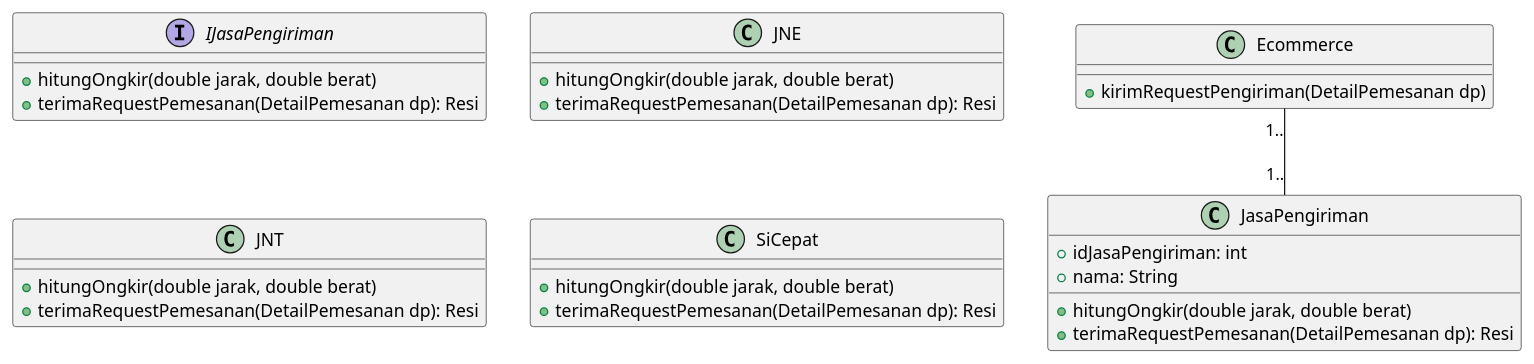
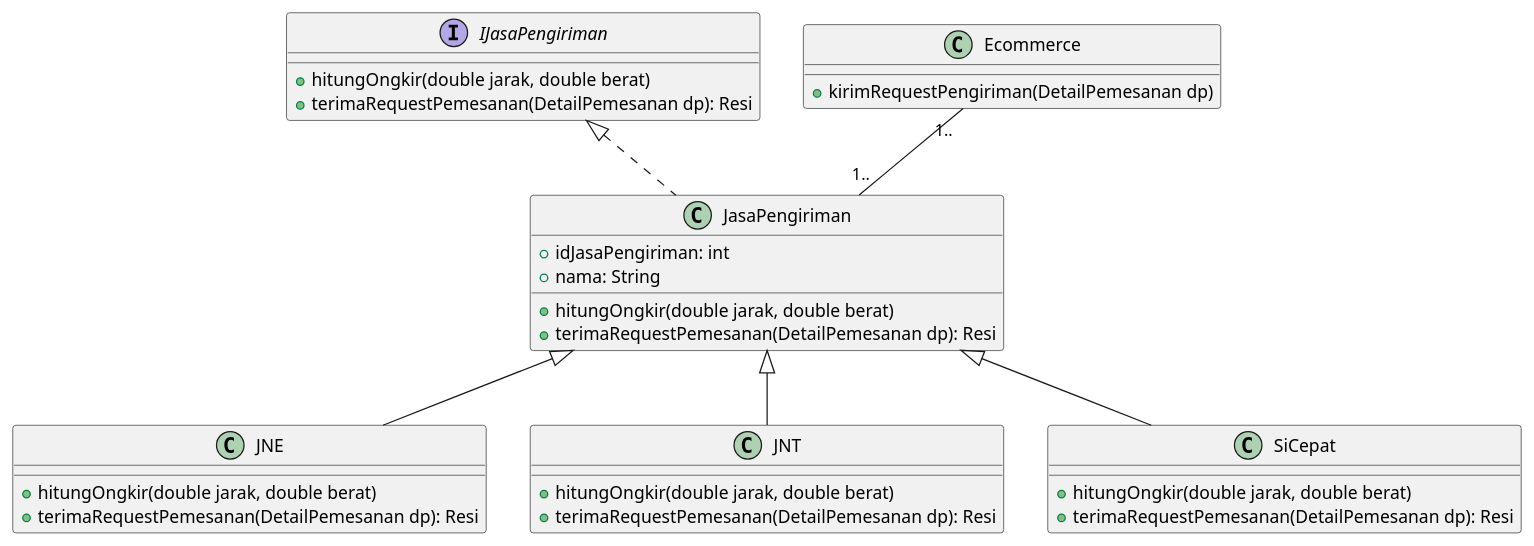
The diagram in P1_Kelompok_6_PBPU_A.puml (farhanzakiputra/pbpu-a-2022), drawn with PlantUML before and after one commit.

Commit message:
add class jasaPengiriman

```diff
--- a/P1_Kelompok_6_PBPU_A.puml
+++ b/P1_Kelompok_6_PBPU_A.puml
@@ -1,36 +1,41 @@
 @startuml
 
 interface IJasaPengiriman {
  +hitungOngkir(double jarak, double berat)
  +terimaRequestPemesanan(DetailPemesanan dp): Resi
 }
 
 class Ecommerce {
  +kirimRequestPengiriman(DetailPemesanan dp)
 }
 
 class JasaPengiriman {
  +idJasaPengiriman: int
  +nama: String
  +hitungOngkir(double jarak, double berat)
  +terimaRequestPemesanan(DetailPemesanan dp): Resi
 }
 
 class JNE {
  +hitungOngkir(double jarak, double berat)
  +terimaRequestPemesanan(DetailPemesanan dp): Resi 
 }
 
 class JNT {
  +hitungOngkir(double jarak, double berat)
  +terimaRequestPemesanan(DetailPemesanan dp): Resi
 }
 
 class SiCepat {
  +hitungOngkir(double jarak, double berat)
  +terimaRequestPemesanan(DetailPemesanan dp): Resi 
 }
 
 Ecommerce "1.." -- "1.." JasaPengiriman
 
+JasaPengiriman <|-- JNE
+JasaPengiriman <|-- JNT
+JasaPengiriman <|-- SiCepat
+class JasaPengiriman implements IJasaPengiriman
+
 @enduml
```
